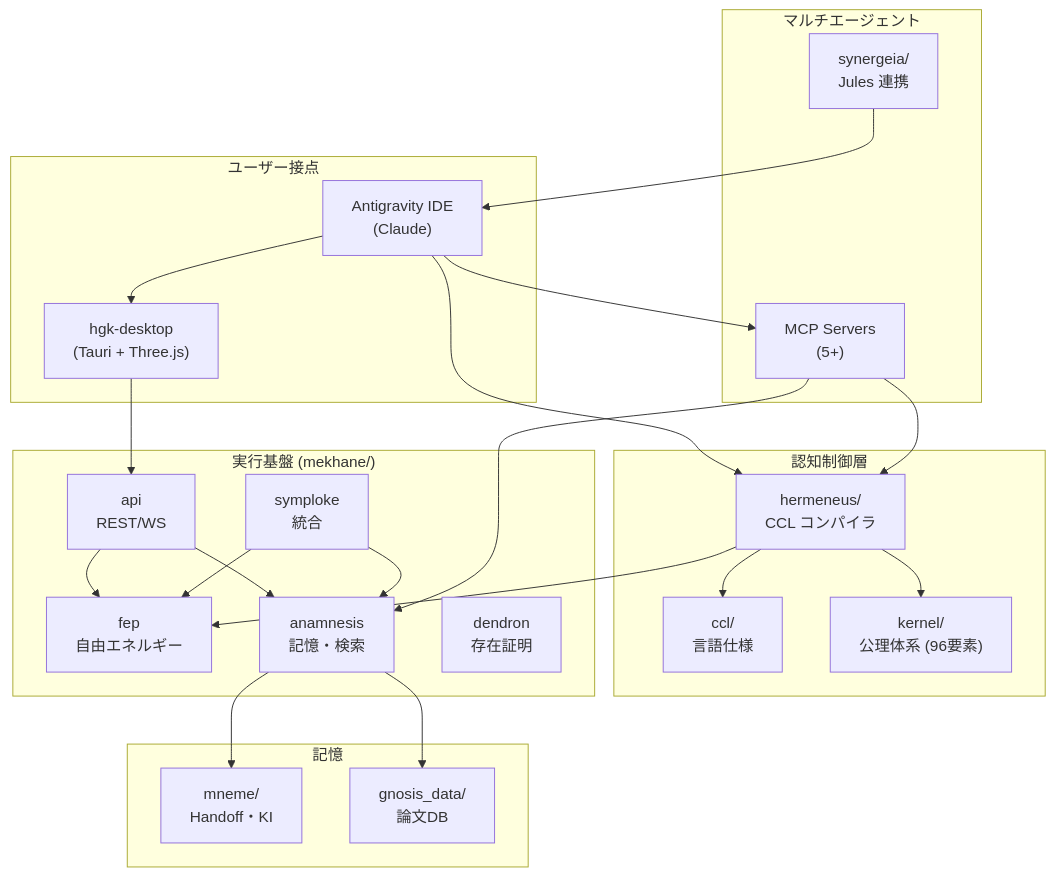
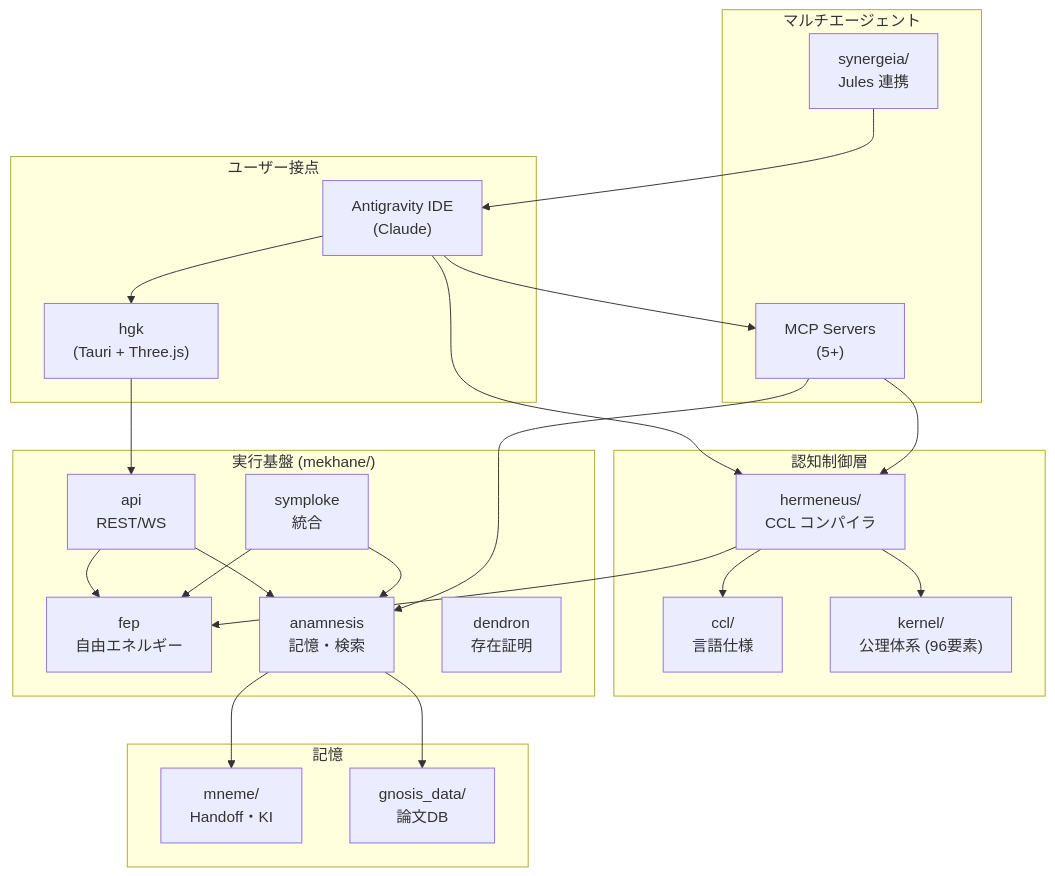
One commit to laihuip001/hegemonikon changed the diagram in ARCHITECTURE.md. Above: the diagram before and after it, drawn with Mermaid. The commit also changed other lines of this file and 57 other files, not shown here.

First line of the commit message:
refactor: hgk-desktop → hgk リネーム — Desktop App 正式名称決定

````diff
--- a/ARCHITECTURE.md
+++ b/ARCHITECTURE.md
@@ -10,48 +10,48 @@
 ```mermaid
 graph TB
     subgraph "ユーザー接点"
         IDE["Antigravity IDE<br>(Claude)"]
-        DT["hgk-desktop<br>(Tauri + Three.js)"]
+        DT["hgk<br>(Tauri + Three.js)"]
     end
 
     subgraph "認知制御層"
         HRM["hermeneus/<br>CCL コンパイラ"]
         CCL["ccl/<br>言語仕様"]
         KRN["kernel/<br>公理体系 (96要素)"]
     end
 
     subgraph "実行基盤 (mekhane/)"
         SYM["symploke<br>統合"]
         FEP["fep<br>自由エネルギー"]
         ANA["anamnesis<br>記憶・検索"]
         API["api<br>REST/WS"]
         DEN["dendron<br>存在証明"]
     end
 
     subgraph "マルチエージェント"
         SYN["synergeia/<br>Jules 連携"]
         MCP["MCP Servers<br>(5+)"]
     end
 
     subgraph "記憶"
         MNM["mneme/<br>Handoff・KI"]
         GNO["gnosis_data/<br>論文DB"]
     end
 
     IDE --> HRM
     IDE --> MCP
     IDE --> DT
     HRM --> CCL
     HRM --> KRN
     HRM --> FEP
     DT --> API
     API --> ANA
     API --> FEP
     SYM --> ANA
     SYM --> FEP
     MCP --> ANA
     MCP --> HRM
     SYN --> IDE
     ANA --> MNM
     ANA --> GNO
 ```
````
